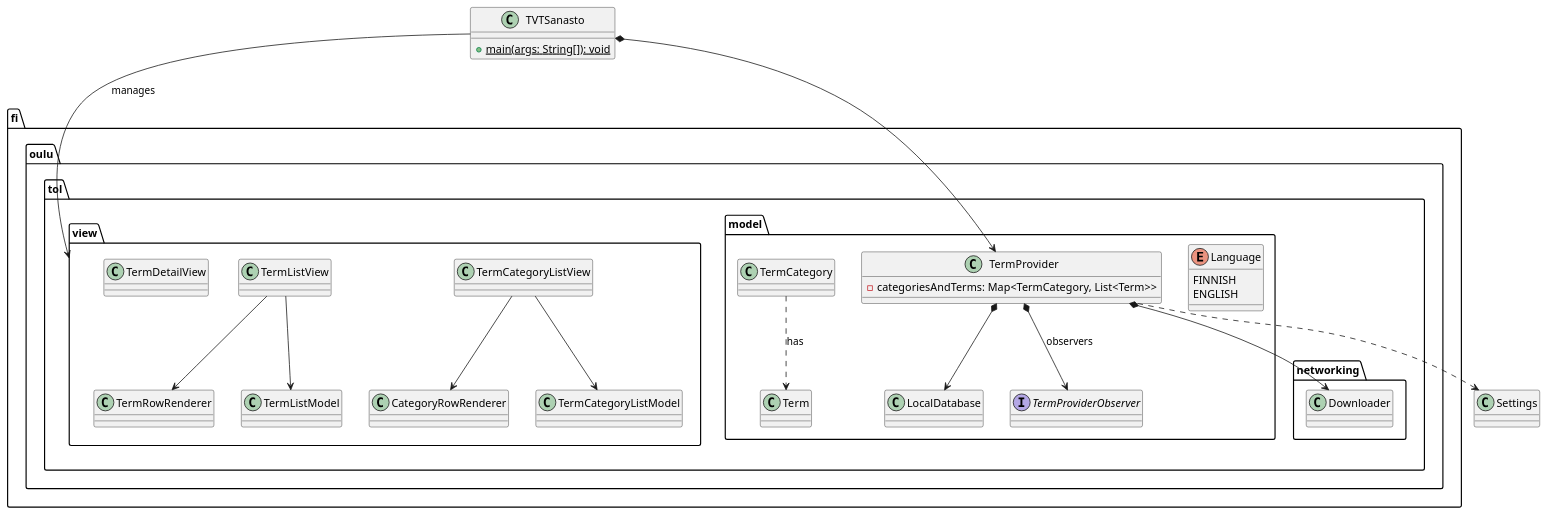
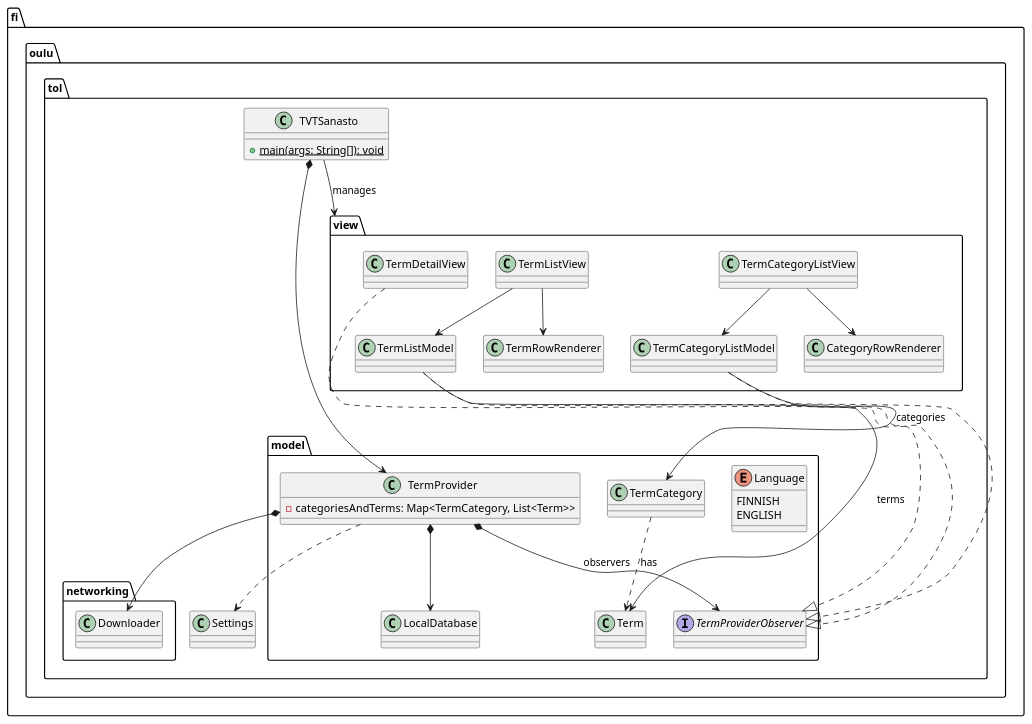
One commit to anttijuu/TVTSanasto-Java changed the diagram in structure.puml. Above: the diagram before and after it, drawn with PlantUML. The commit also changed 13 other files, not shown here.

```diff
--- a/structure.puml
+++ b/structure.puml
@@ -1,48 +1,54 @@
 @startuml
-package fi.oulu.tol.model {
+package fi.oulu.tol {
+	package fi.oulu.tol.model {
 
-	enum Language {
-		FINNISH
-		ENGLISH
+		enum Language {
+			FINNISH
+			ENGLISH
+		}
+		class Term
+		class TermCategory
+		class LocalDatabase
+		class TermProvider {
+			-categoriesAndTerms: Map<TermCategory, List<Term>>
+		}
+		interface TermProviderObserver
+
+		TermProvider *--> LocalDatabase
+		TermProvider *--> TermProviderObserver: observers
+		TermCategory ..> Term : has
 	}
-	class Term
-	class TermCategory
-	class LocalDatabase
-	class TermProvider {
-		-categoriesAndTerms: Map<TermCategory, List<Term>>
+
+	package fi.oulu.tol.networking {
+		class Downloader
 	}
-	interface TermProviderObserver
 
-	TermProvider *--> LocalDatabase
-	TermProvider *--> TermProviderObserver: observers
-	TermCategory ..> Term : has 
+	TermProvider *--> Downloader
+
+	package fi.oulu.tol.view {
+		class TermCategoryListModel
+		class TermCategoryListView
+		class CategoryRowRenderer
+		class TermListModel
+		class TermListView
+		class TermDetailView
+		class TermRowRenderer
+		TermCategoryListView --> TermCategoryListModel
+		TermCategoryListView --> CategoryRowRenderer
+		TermListView --> TermListModel
+		TermListView --> TermRowRenderer
+	}
+	TermCategoryListModel ..|> TermProviderObserver
+	TermListModel ..|> TermProviderObserver
+	TermDetailView ..|> TermProviderObserver
+	TermListModel --> Term: terms
+	TermCategoryListModel --> TermCategory: categories
+	class TVTSanasto {
+		+{static}main(args: String[]): void
+	}
+	class Settings
+	TVTSanasto *--> TermProvider
+	TVTSanasto --> fi.oulu.tol.view: manages
+	TermProvider ..> Settings
 }
-
-package fi.oulu.tol.networking {
-	class Downloader
-}
-
-TermProvider *--> Downloader
-
-package fi.oulu.tol.view {
-	class TermCategoryListModel
-	class TermCategoryListView
-	class CategoryRowRenderer
-	class TermListModel
-	class TermListView
-	class TermDetailView
-	class TermRowRenderer
-	TermCategoryListView --> TermCategoryListModel
-	TermCategoryListView --> CategoryRowRenderer
-	TermListView --> TermListModel
-	TermListView --> TermRowRenderer
-}
-class TVTSanasto {
-	+{static}main(args: String[]): void
-}
-class Settings
-TVTSanasto *--> TermProvider
-TVTSanasto --> fi.oulu.tol.view: manages
-TermProvider ..> Settings
-
 @enduml
```
